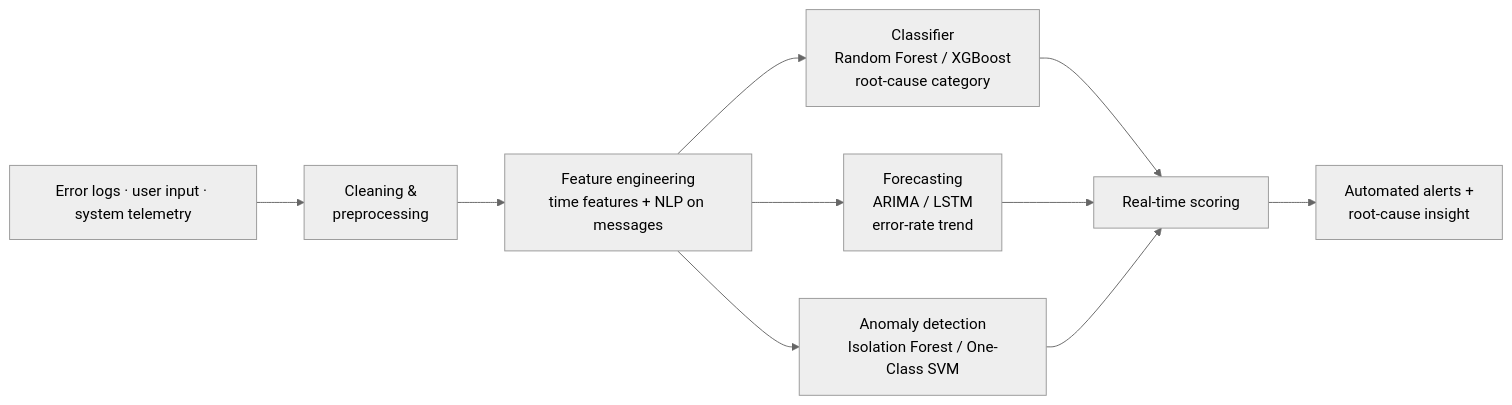
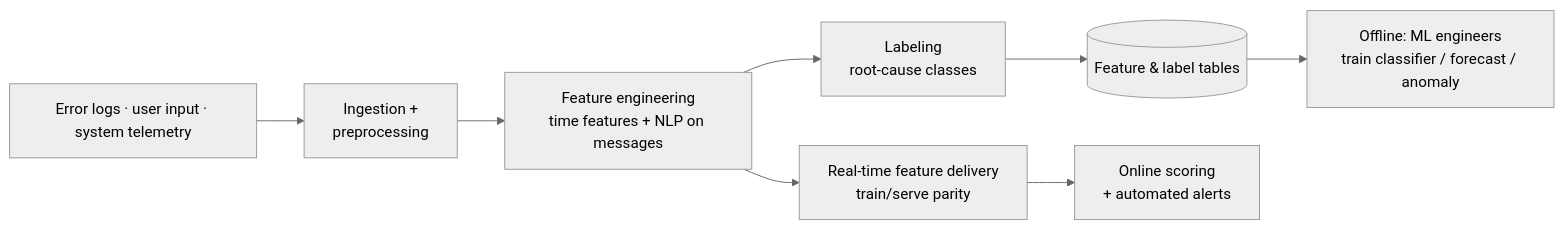
Before and after one commit to kamalakarpeta/predictive-error-rca-ml-nlp: the diagram in README.md, drawn with Mermaid (neutral theme). The commit also changed other lines of this file, not shown here.

First line of the commit message:
docs: reframe as data-engineering case study serving downstream consumers

````diff
--- a/README.md
+++ b/README.md
@@ -18,12 +18,10 @@
 ```mermaid
 flowchart LR
-  LOGS[Error logs · user input · system telemetry] --> PREP[Cleaning &<br/>preprocessing]
-  PREP --> FE[Feature engineering<br/>time features + NLP on messages]
-  FE --> CLF[Classifier<br/>Random Forest / XGBoost<br/>root-cause category]
-  FE --> TS[Forecasting<br/>ARIMA / LSTM<br/>error-rate trend]
-  FE --> AD[Anomaly detection<br/>Isolation Forest / One-Class SVM]
-  CLF --> SERVE[Real-time scoring]
-  TS --> SERVE
-  AD --> SERVE
-  SERVE --> ALERT[Automated alerts +<br/>root-cause insight]
+  LOGS[Error logs · user input · system telemetry] --> ING[Ingestion +<br/>preprocessing]
+  ING --> FE[Feature engineering<br/>time features + NLP on messages]
+  FE --> LBL[Labeling<br/>root-cause classes]
+  LBL --> FT[(Feature & label tables)]
+  FT --> OFF[Offline: ML engineers<br/>train classifier / forecast / anomaly]
+  FE --> RT[Real-time feature delivery<br/>train/serve parity]
+  RT --> SCORE[Online scoring<br/>+ automated alerts]
 ```
````
